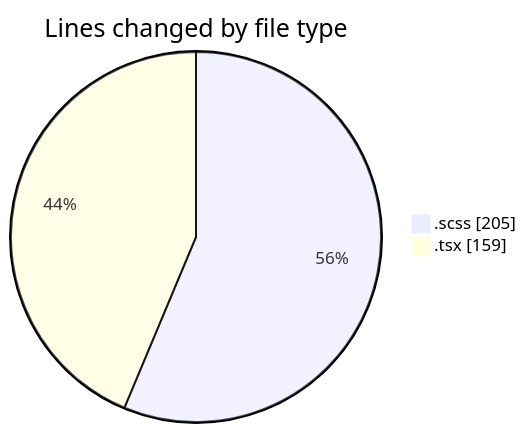
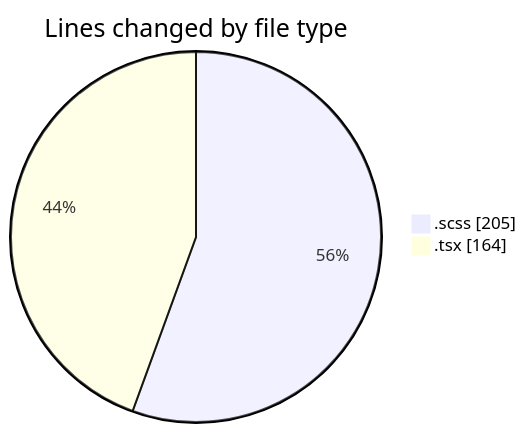
One commit to momahboobian/code-tracking changed the first of 2 diagrams in 2025-08-28/cda/README.md. Above: the diagram before and after it, drawn with Mermaid. The commit also changed other lines of this file and 1 other file, not shown here.

````diff
--- a/2025-08-28/cda/README.md
+++ b/2025-08-28/cda/README.md
@@ -21,6 +21,6 @@
 ```mermaid
 pie showData
 title Lines changed by file type
 ".scss" : 205
-".tsx" : 159
+".tsx" : 164
 ```
````
